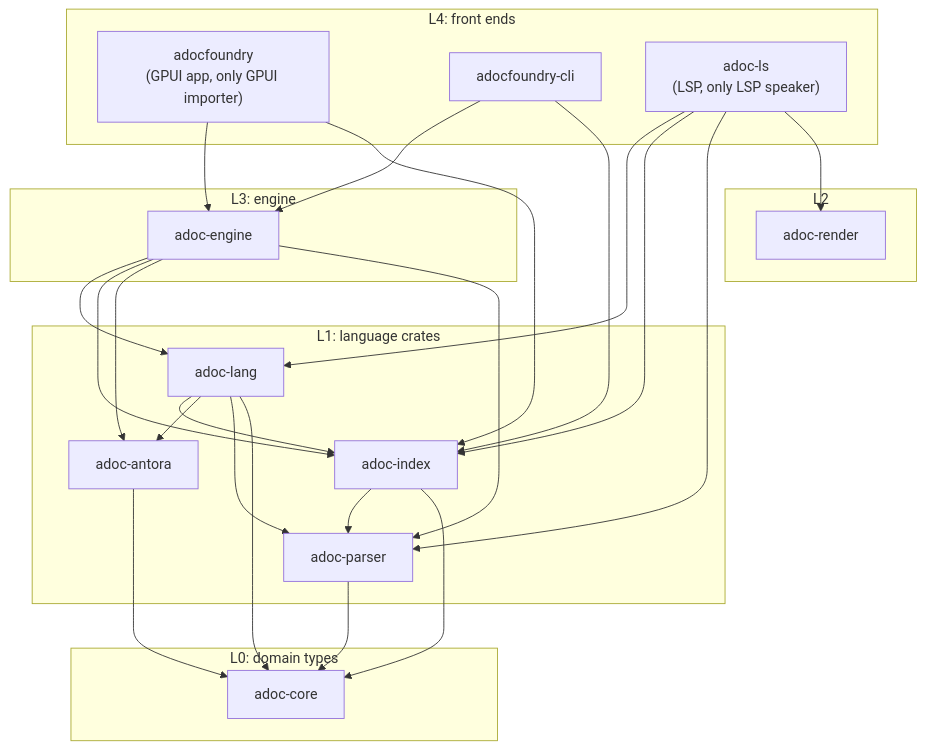
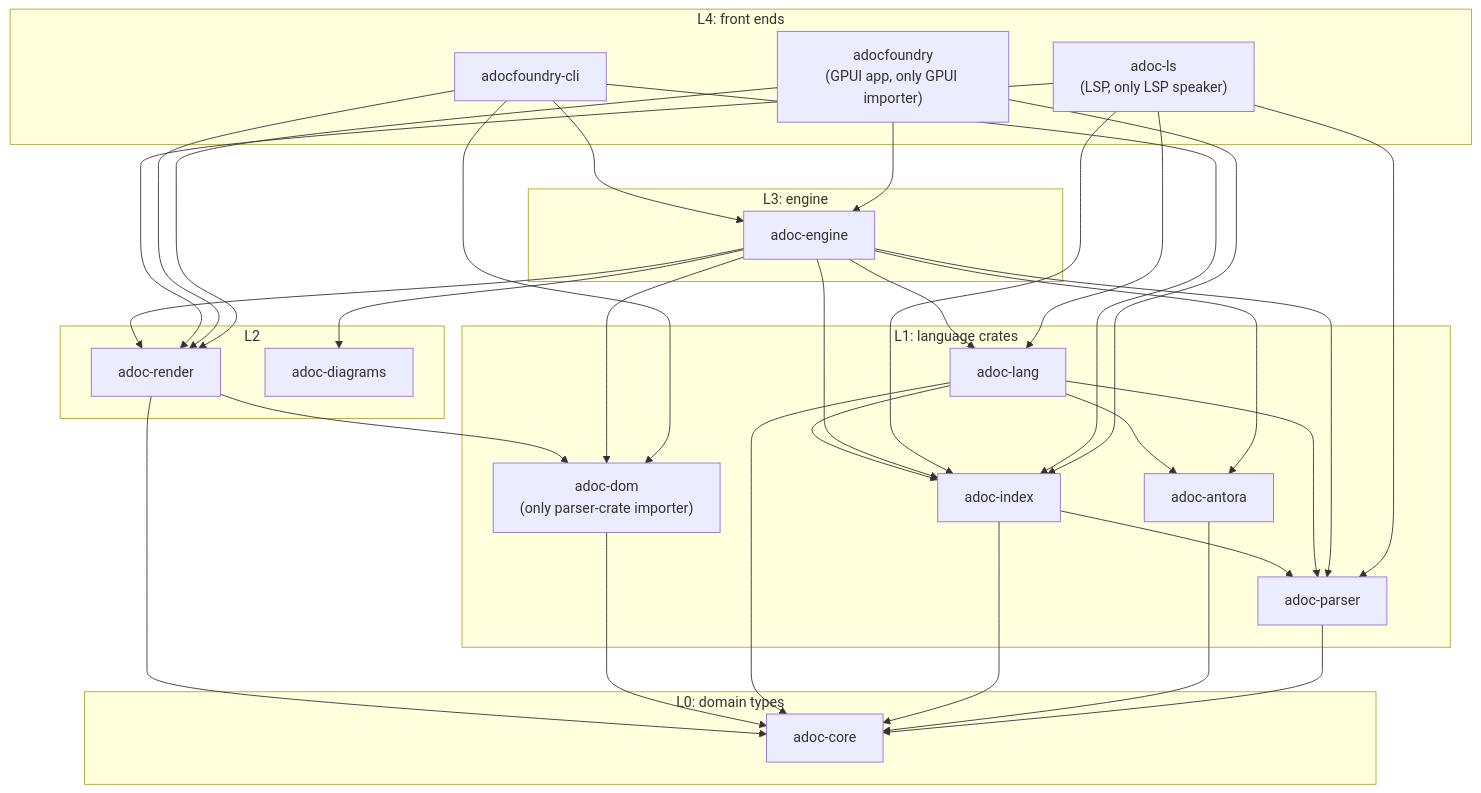
The diagram in src/docs/modules/developer/examples/crate-layers.mmd (bovinemagnet/AdocFoundry), drawn with Mermaid before and after one commit. The commit also changed 85 other files, not shown here.

```diff
--- a/src/docs/modules/developer/examples/crate-layers.mmd
+++ b/src/docs/modules/developer/examples/crate-layers.mmd
@@ -1,41 +1,52 @@
 flowchart TD
     subgraph L4["L4: front ends"]
         app["adocfoundry<br/>(GPUI app, only GPUI importer)"]
         cli["adocfoundry-cli"]
         ls["adoc-ls<br/>(LSP, only LSP speaker)"]
     end
     subgraph L3["L3: engine"]
         engine["adoc-engine"]
     end
     subgraph L2["L2"]
         render["adoc-render"]
+        diagrams["adoc-diagrams"]
     end
     subgraph L1["L1: language crates"]
         parser["adoc-parser"]
+        dom["adoc-dom<br/>(only parser-crate importer)"]
         antora["adoc-antora"]
         index["adoc-index"]
         lang["adoc-lang"]
     end
     subgraph L0["L0: domain types"]
         core["adoc-core"]
     end
     app --> engine
     app --> index
+    app --> render
     cli --> engine
     cli --> index
+    cli --> render
+    cli --> dom
     ls --> lang
     ls --> index
     ls --> parser
     ls --> render
     engine --> lang
     engine --> index
     engine --> antora
     engine --> parser
+    engine --> dom
+    engine --> render
+    engine --> diagrams
+    render --> dom
     lang --> index
     lang --> antora
     lang --> parser
     index --> parser
     parser --> core
     antora --> core
     index --> core
     lang --> core
+    dom --> core
+    render --> core
```
